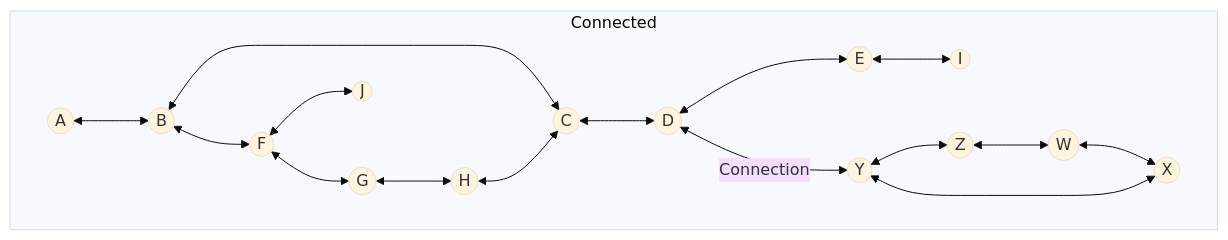
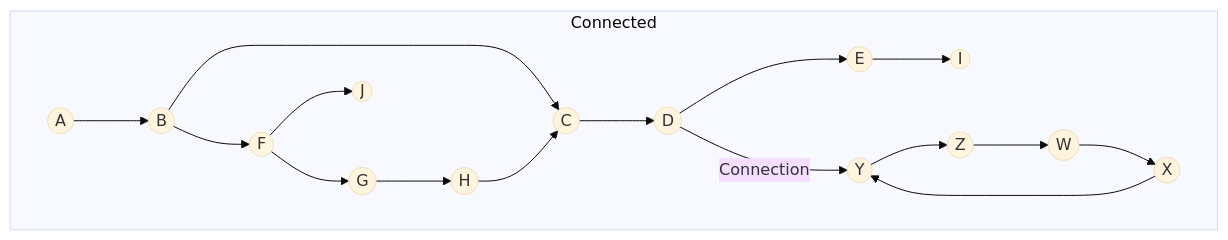
One commit to algosup/2024-2025-project-3-quickest-path-team-2 changed diagram 14 of 17 in documents/technical/technical_specification.md. Above: the diagram before and after it, drawn with Mermaid (base theme). The commit also changed other lines of this file, not shown here.

````diff
--- a/documents/technical/technical_specification.md
+++ b/documents/technical/technical_specification.md
@@ -602,38 +605,38 @@
 ```mermaid
 graph
     subgraph Connected
         A((A))
         B((B))
         C((C))
         D((D))
         E((E))
         F((F))
         G((G))
         H((H))
         I((I))
         J((J))
         
-        A <--> B
-        B <--> C
-        C <--> D
-        D <--> E
-        B <--> F
-        F <--> G
-        G <--> H
-        H <--> C
-        E <--> I
-        F <--> J
+        A --> B
+        B --> C
+        C --> D
+        D --> E
+        B --> F
+        F --> G
+        G --> H
+        H --> C
+        E --> I
+        F --> J
 
         X((X))
         Y((Y))
         Z((Z))
         W((W))
         
-        X <--> Y
-        Y <--> Z
-        Z <--> W
-        W <--> X
+        X --> Y
+        Y --> Z
+        Z --> W
+        W --> X
 
-        D <--Connection--> Y
+        D --Connection--> Y
     end
 ```
````
